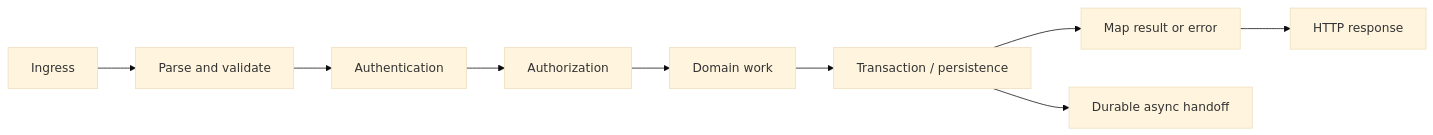
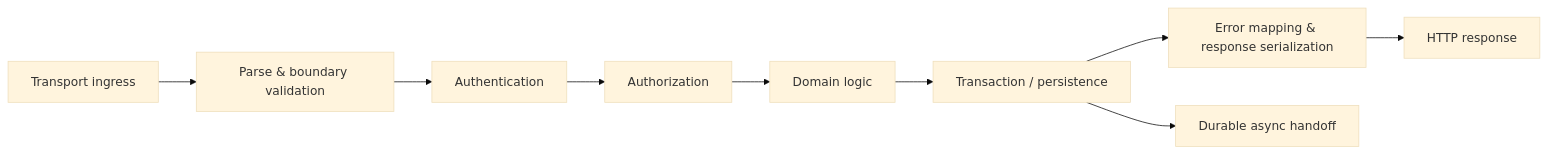
The first of 3 diagrams in content/docs/backend-engineering/backend-request-lifecycle.mdx (thucne/software-development-atlas), drawn with Mermaid (base theme) before and after one commit. The commit also changed other lines of this file and 133 other files, not shown here.

````diff
--- a/content/docs/backend-engineering/backend-request-lifecycle.mdx
+++ b/content/docs/backend-engineering/backend-request-lifecycle.mdx
@@ -34,11 +38,11 @@
 ```mermaid
 flowchart LR
-  I[Ingress] --> P[Parse and validate]
+  I[Transport ingress] --> P[Parse & boundary validation]
   P --> N[Authentication]
   N --> Z[Authorization]
-  Z --> D[Domain work]
+  Z --> D[Domain logic]
   D --> T[Transaction / persistence]
-  T --> M[Map result or error]
+  T --> M[Error mapping & response serialization]
   M --> R[HTTP response]
   T --> A[Durable async handoff]
 ```
````
